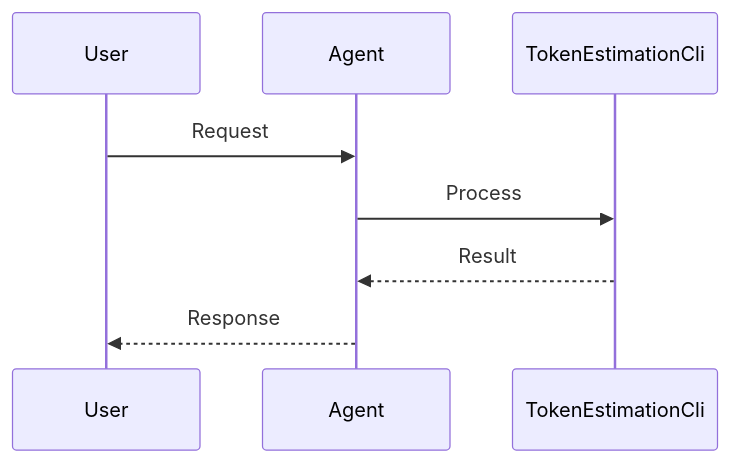
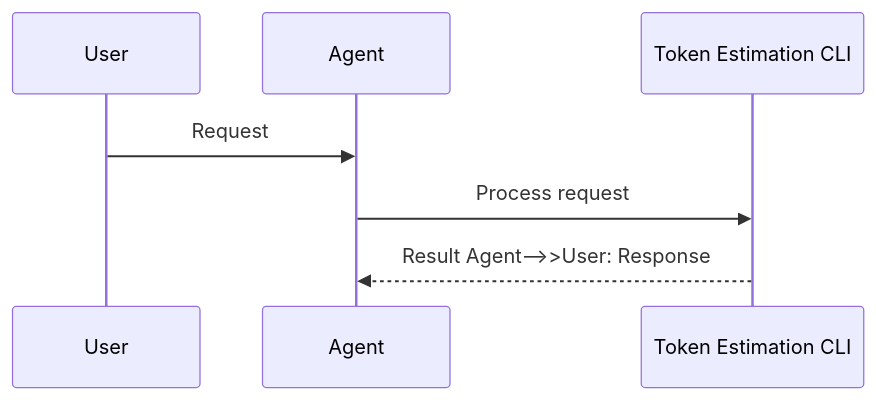
Before and after one commit to MervinPraison/PraisonAIDocs: the second of 2 diagrams in docs/features/context-token-estimation-cli.mdx, drawn with Mermaid. The commit also changed 204 other files, not shown here.

First line of the commit message:
docs: align feature/tool pages with AGENTS.md hero + sequence + import standards (fixes #1775)

````diff
--- a/docs/features/context-token-estimation-cli.mdx
+++ b/docs/features/context-token-estimation-cli.mdx
@@ -45,11 +45,10 @@
 ```mermaid
 sequenceDiagram
     participant User
     participant Agent
-    participant TokenEstimationCli
+    participant Feature as Token Estimation CLI
 
     User->>Agent: Request
-    Agent->>TokenEstimationCli: Process
-    TokenEstimationCli-->>Agent: Result
-    Agent-->>User: Response
+    Agent->>Feature: Process request
+    Feature-->>Agent: Result    Agent-->>User: Response
 ```
````
